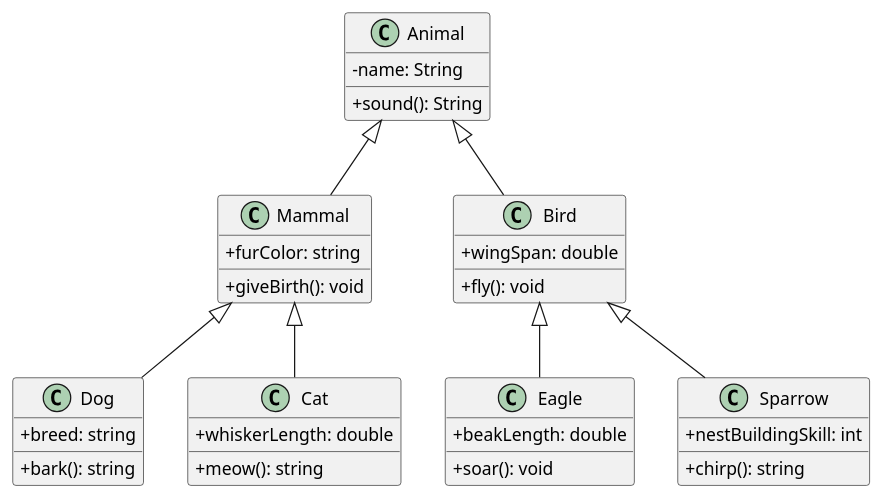
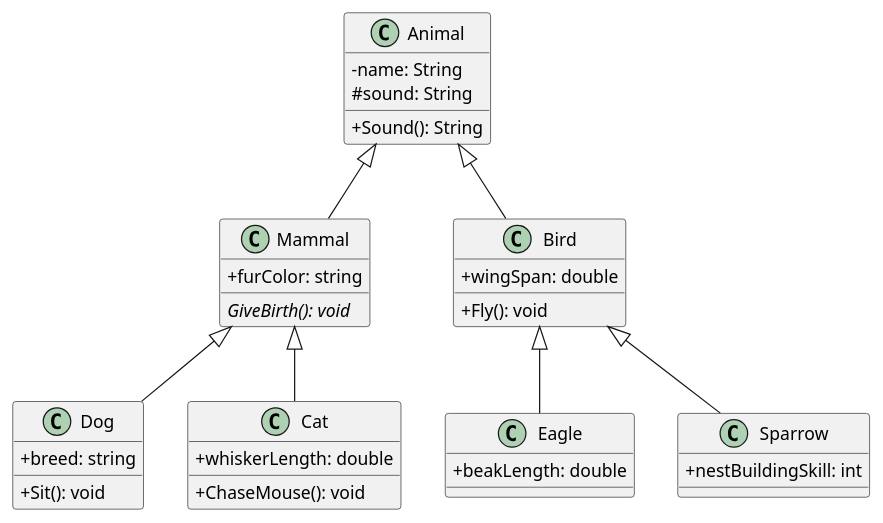
One commit to hkirk/ST2ITS2_Material changed the diagram in slide_server/slides/Week 2/animal.plantuml. Above: the diagram before and after it, drawn with PlantUML. The commit also changed 2 other files, not shown here.

```diff
--- a/slide_server/slides/Week 2/animal.plantuml
+++ b/slide_server/slides/Week 2/animal.plantuml
@@ -1,47 +1,47 @@
 @startuml
 
 skinparam classAttributeIconSize 0
 
 class Animal {
 -name: String
-+sound(): String
+#sound: String
++Sound(): String
 }
 
 class Mammal  {
 +furColor: string
-+giveBirth(): void
+GiveBirth(): void {abstract}
 }
 
 class Bird {
 +wingSpan: double
-+fly(): void
++Fly(): void
 }
 
 class Dog {
-+breed: string
-+bark(): string
+  +breed: string
+  +Sit(): void
 }
 
 class Cat {
-+whiskerLength: double
-+meow(): string
+  +whiskerLength: double
+  +ChaseMouse(): void
 }
 
 class Eagle {
-+beakLength: double
-+soar(): void
+  +beakLength: double
 }
 
 class Sparrow {
  +nestBuildingSkill: int
- +chirp(): string
+ 
 }
 
 Animal <|-- Mammal
 Animal <|-- Bird
 Bird <|-- Eagle
 Bird <|-- Sparrow
 Mammal <|-- Dog
 Mammal <|-- Cat
 
 @enduml
```
